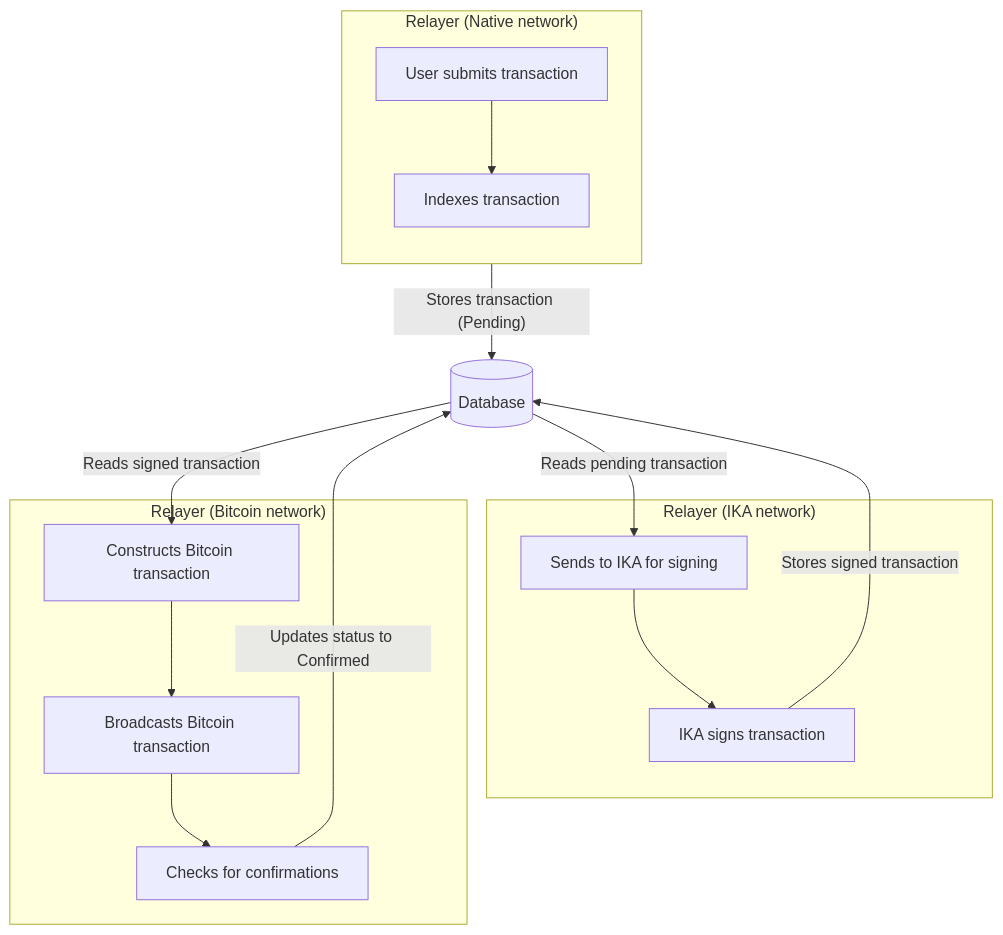
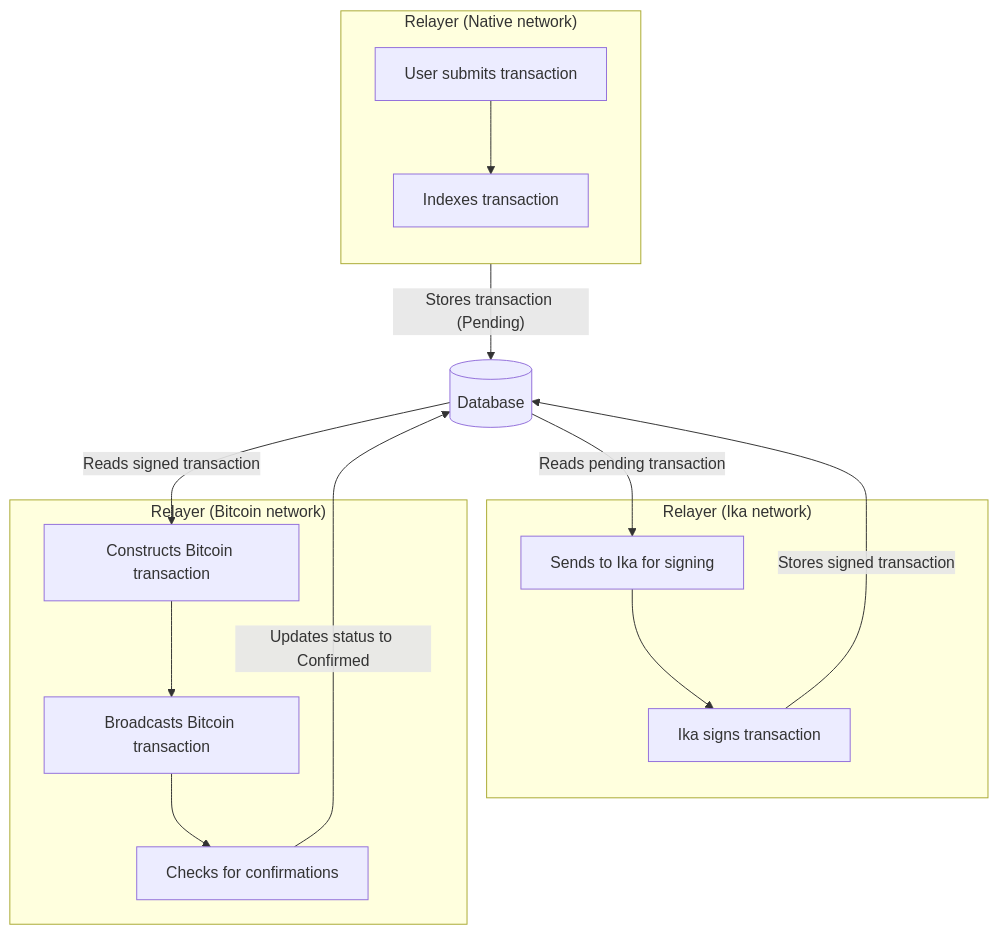
Before and after one commit to gonative-cc/relayer: the diagram in README.md, drawn with Mermaid. The commit also changed other lines of this file, not shown here.

Commit message:
Apply suggestions from code review

````diff
--- a/README.md
+++ b/README.md
@@ -67,28 +67,28 @@
 ```mermaid
 flowchart TB
  subgraph subGraph0["Relayer (Native network)"]
     direction TB
         B["Indexes transaction"]
         A["User submits transaction"]
   end
- subgraph subGraph1["Relayer (IKA network)"]
-        E["IKA signs transaction"]
-        D["Sends to IKA for signing"]
+ subgraph subGraph1["Relayer (Ika network)"]
+        E["Ika signs transaction"]
+        D["Sends to Ika for signing"]
   end
  subgraph subGraph2["Relayer (Bitcoin network)"]
         H["Broadcasts Bitcoin transaction"]
         G["Constructs Bitcoin transaction"]
         I["Checks for confirmations"]
   end
     A --> B
     B -- Stores transaction (Pending) --> Database["Database"]
     Database -- Reads pending transaction --> D
     D --> E
     E -- Stores signed transaction --> Database
     Database -- Reads signed transaction --> G
     G --> H
     H --> I
     I -- Updates status to Confirmed --> Database
 
     Database@{ shape: db}
 ```
````
